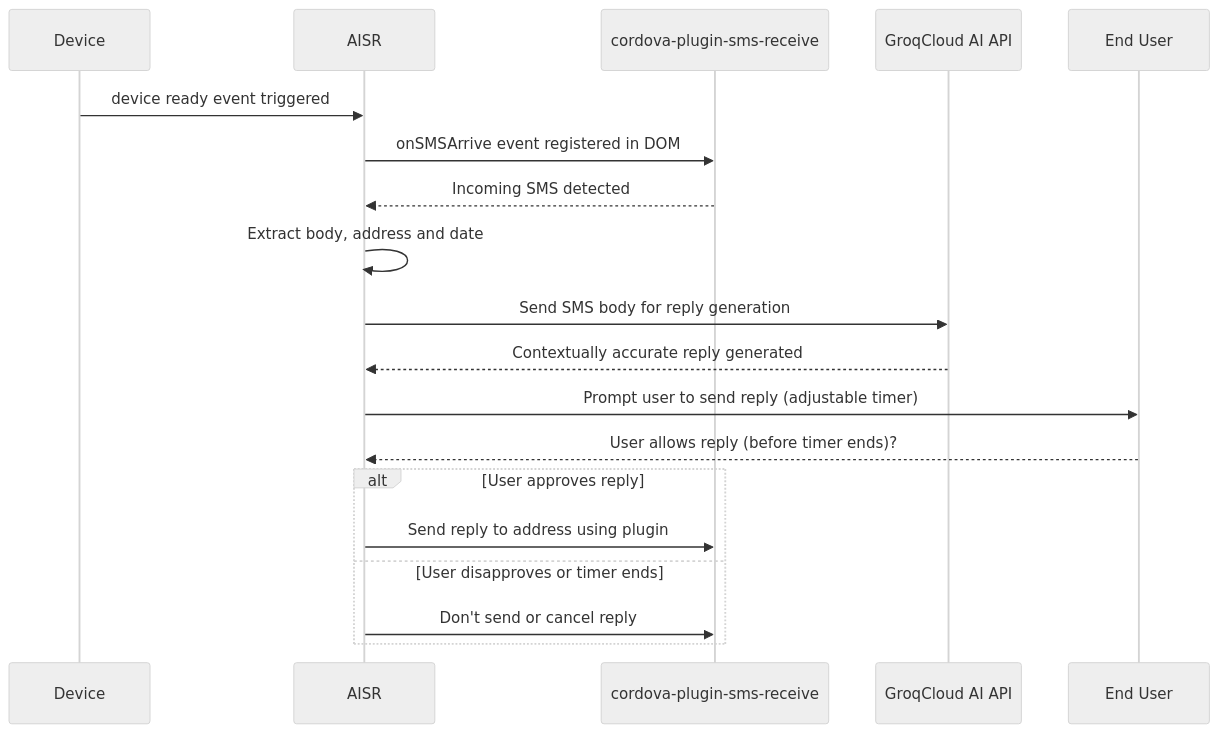
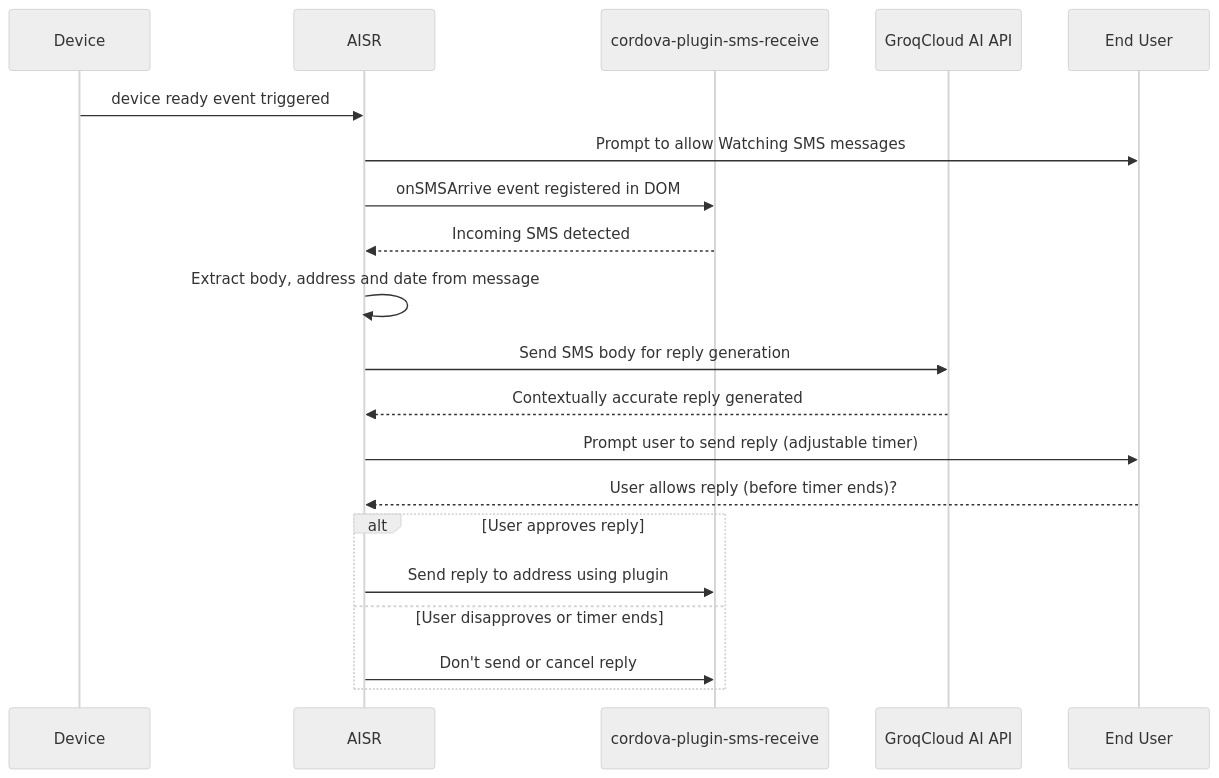
The diagram in README.md (MurageKabui/AISR), drawn with Mermaid (neutral theme) before and after one commit. The commit also changed other lines of this file, not shown here.

````diff
--- a/README.md
+++ b/README.md
@@ -50,22 +51,23 @@
 ```mermaid
 sequenceDiagram
     participant Device as Device
     participant CordovaApp as AISR
     participant SMSReceive as cordova-plugin-sms-receive
     participant AI as GroqCloud AI API
     participant User as End User
 
     Device->>CordovaApp: device ready event triggered
+    CordovaApp->>User: Prompt to allow Watching SMS messages
     CordovaApp->>SMSReceive: onSMSArrive event registered in DOM
     SMSReceive-->>CordovaApp: Incoming SMS detected
-    CordovaApp->>CordovaApp: Extract body, address and date
+    CordovaApp->>CordovaApp: Extract body, address and date from message
     CordovaApp->>AI: Send SMS body for reply generation
     AI-->>CordovaApp: Contextually accurate reply generated
     CordovaApp->>User: Prompt user to send reply (adjustable timer)
     User-->>CordovaApp: User allows reply (before timer ends)?
     alt User approves reply
         CordovaApp->>SMSReceive: Send reply to address using plugin
     else User disapproves or timer ends
         CordovaApp->>SMSReceive: Don't send or cancel reply
     end
 ```
````
